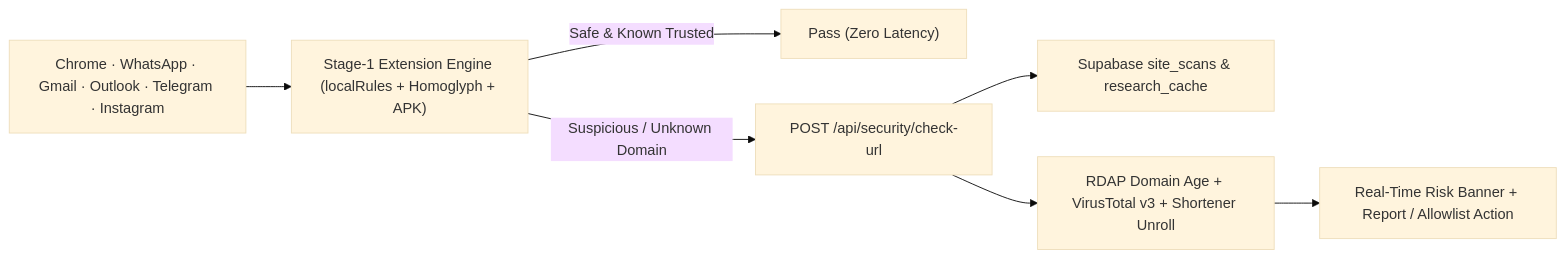
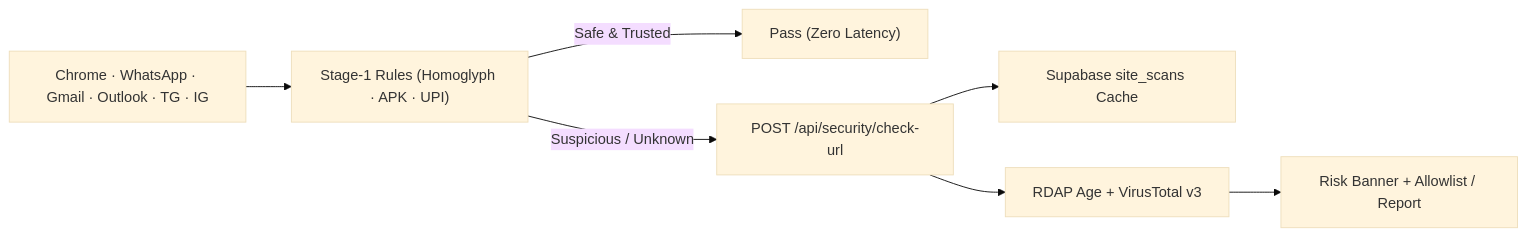
One commit to fazil-dev-tech/policy-ai changed the second of 2 diagrams in README.md. Above: the diagram before and after it, drawn with Mermaid (base theme). The commit also changed other lines of this file and 4 other files, not shown here.

````diff
--- a/README.md
+++ b/README.md
@@ -87,9 +87,9 @@
 ```mermaid
 flowchart LR
-    DOM["Chrome · WhatsApp · Gmail · Outlook · Telegram · Instagram"] --> S1["Stage-1 Extension Engine (localRules + Homoglyph + APK)"]
-    S1 -->|"Safe &amp; Known Trusted"| ALLOW["Pass (Zero Latency)"]
-    S1 -->|"Suspicious / Unknown Domain"| API2["POST /api/security/check-url"]
-    API2 --> CACHE["Supabase site_scans &amp; research_cache"]
-    API2 --> INTEL["RDAP Domain Age + VirusTotal v3 + Shortener Unroll"]
-    INTEL --> VERDICT["Real-Time Risk Banner + Report / Allowlist Action"]
+    DOM["Chrome · WhatsApp · Gmail · Outlook · TG · IG"] --> S1["Stage-1 Rules (Homoglyph · APK · UPI)"]
+    S1 -->|"Safe & Trusted"| ALLOW["Pass (Zero Latency)"]
+    S1 -->|"Suspicious / Unknown"| API2["POST /api/security/check-url"]
+    API2 --> CACHE["Supabase site_scans Cache"]
+    API2 --> INTEL["RDAP Age + VirusTotal v3"]
+    INTEL --> VERDICT["Risk Banner + Allowlist / Report"]
 ```
````
